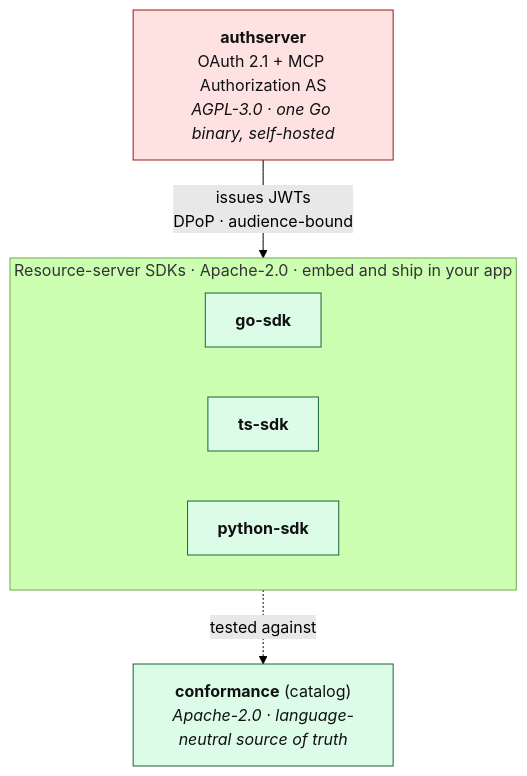
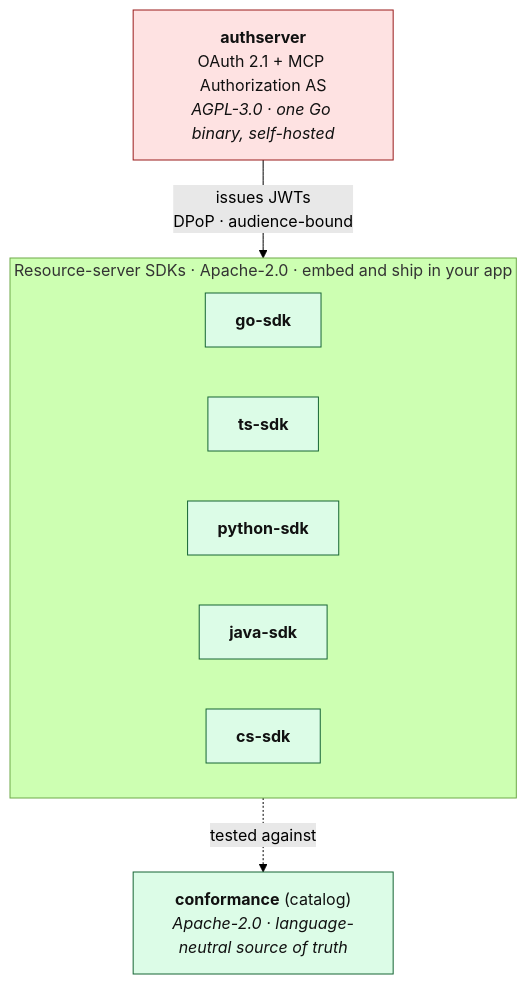
The diagram in profile/README.md (AuthPlane/.github), drawn with Mermaid (forest theme) before and after one commit. The commit also changed other lines of this file, not shown here.

````diff
--- a/profile/README.md
+++ b/profile/README.md
@@ -19,21 +19,23 @@
 ```mermaid
 flowchart TD
     authserver["<b>authserver</b><br/>OAuth 2.1 + MCP Authorization AS<br/><i>AGPL-3.0 · one Go binary, self-hosted</i>"]
 
     subgraph sdks ["Resource-server SDKs · Apache-2.0 · embed and ship in your app"]
         direction LR
         go["<b>go-sdk</b>"]
         ts["<b>ts-sdk</b>"]
         py["<b>python-sdk</b>"]
+        java["<b>java-sdk</b>"]
+        cs["<b>cs-sdk</b>"]
     end
 
     conformance["<b>conformance</b> (catalog)<br/><i>Apache-2.0 · language-neutral source of truth</i>"]
 
     authserver -- "issues JWTs<br/>DPoP · audience-bound" --> sdks
     sdks -. "tested against" .-> conformance
 
     classDef agpl fill:#fee2e2,stroke:#991b1b,color:#111
     classDef apache fill:#dcfce7,stroke:#166534,color:#111
     class authserver agpl
-    class go,ts,py,conformance apache
+    class go,ts,py,java,cs,conformance apache
 ```
````
